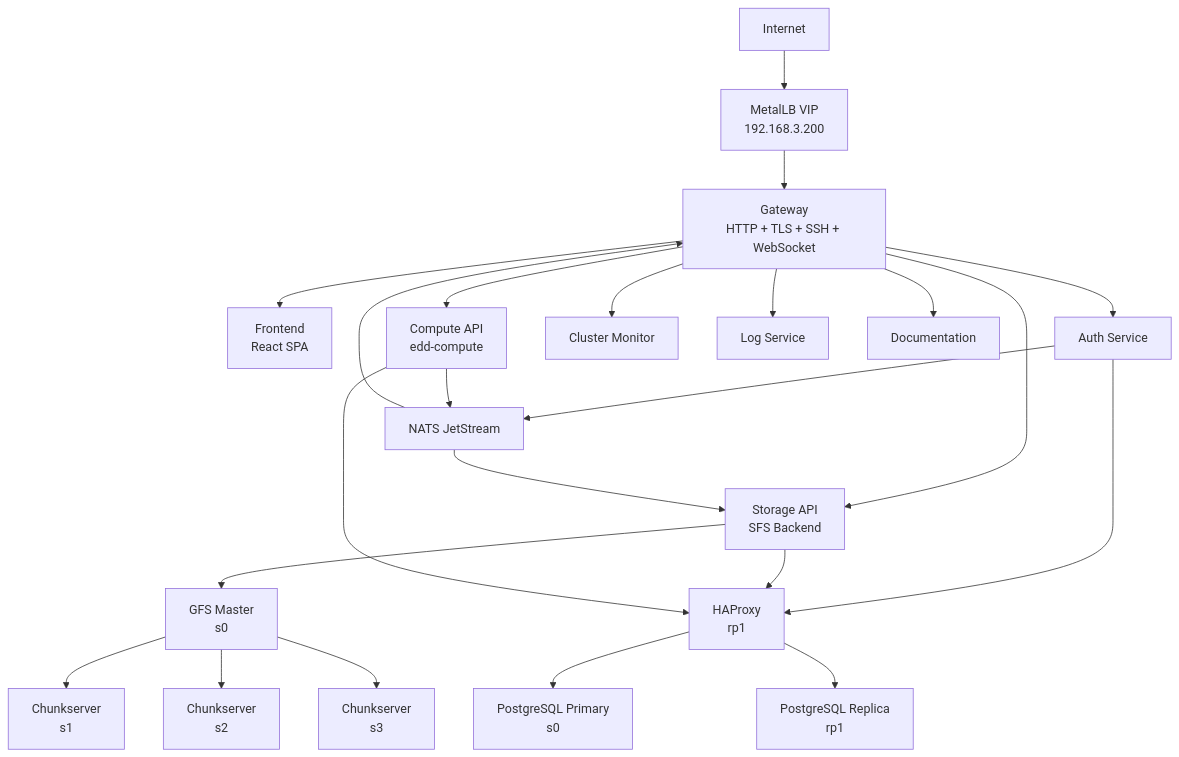
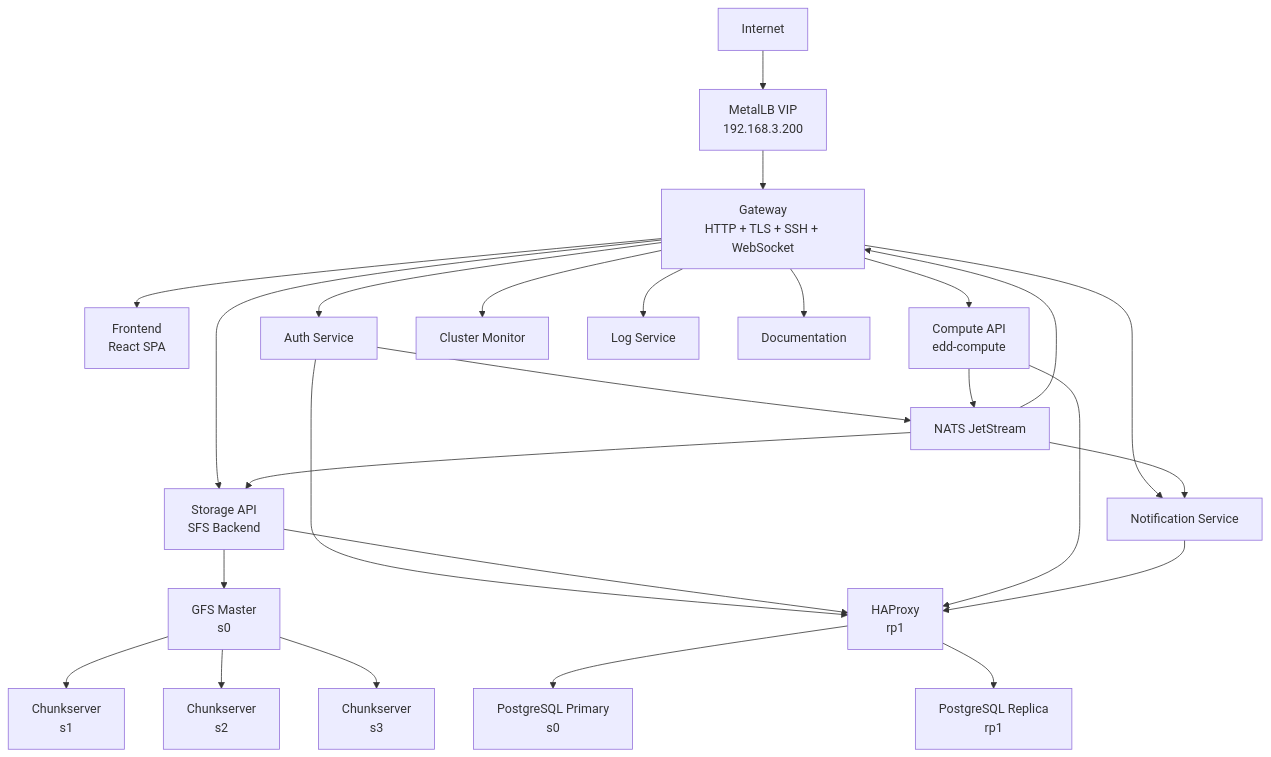
The first of 2 diagrams in edd-cloud-docs/docs/architecture.md (EddisonSo/cloud), drawn with Mermaid before and after one commit. The commit also changed other lines of this file and 2 other files, not shown here.

Commit message:
docs(notifications): document notification service architecture and API

````diff
--- a/edd-cloud-docs/docs/architecture.md
+++ b/edd-cloud-docs/docs/architecture.md
@@ -11,31 +11,34 @@
 ```mermaid
 flowchart TB
     Internet[Internet]
 
     Internet --> MetalLB[MetalLB VIP<br/>192.168.3.200]
     MetalLB --> Gateway[Gateway<br/>HTTP + TLS + SSH + WebSocket]
 
     Gateway --> Frontend[Frontend<br/>React SPA]
     Gateway --> Auth[Auth Service]
     Gateway --> Storage[Storage API<br/>SFS Backend]
     Gateway --> Compute[Compute API<br/>edd-compute]
     Gateway --> Health[Cluster Monitor]
     Gateway --> Logs[Log Service]
+    Gateway --> Notif[Notification Service]
     Gateway --> Docs[Documentation]
 
     Auth --> NATS[NATS JetStream]
     Compute --> NATS
     NATS --> Storage
     NATS --> Gateway
+    NATS --> Notif
 
     Storage --> GFSMaster[GFS Master<br/>s0]
     GFSMaster --> Chunk1[Chunkserver<br/>s1]
     GFSMaster --> Chunk2[Chunkserver<br/>s2]
     GFSMaster --> Chunk3[Chunkserver<br/>s3]
 
     Auth --> HAProxy[HAProxy<br/>rp1]
     Storage --> HAProxy
     Compute --> HAProxy
+    Notif --> HAProxy
     HAProxy --> PGPrimary[PostgreSQL Primary<br/>s0]
     HAProxy --> PGReplica[PostgreSQL Replica<br/>rp1]
 ```
````
